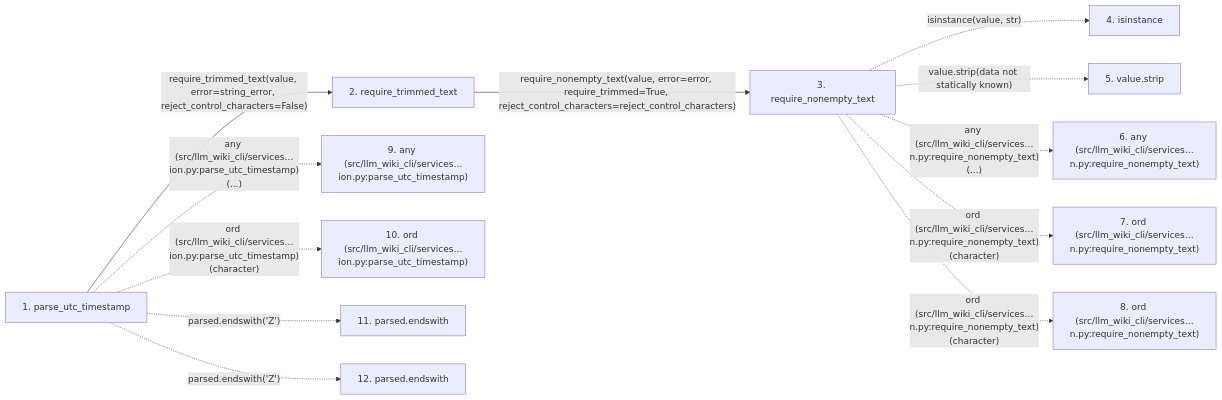
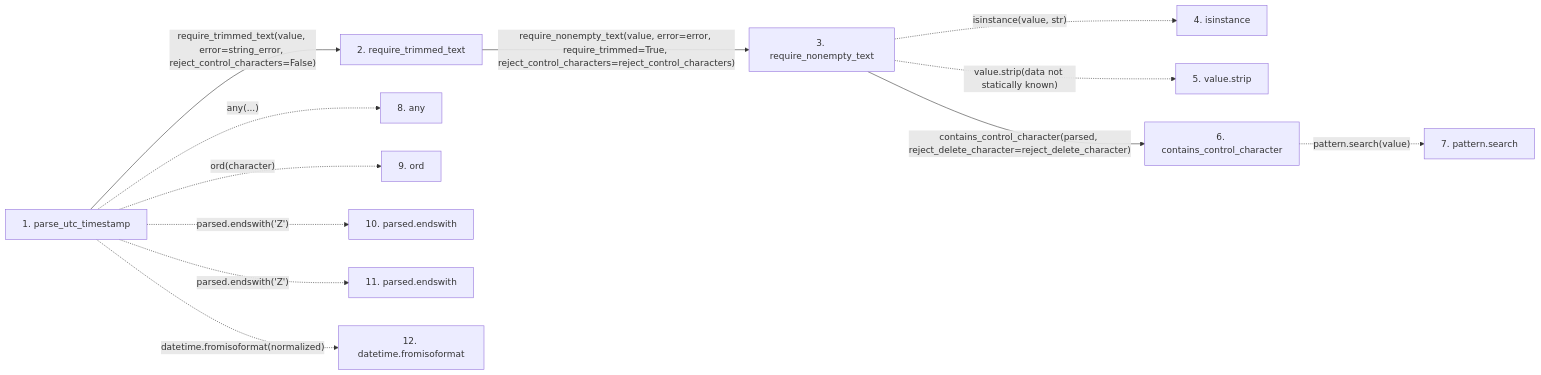
One commit to Denissvgn/python-wiki-llm changed the second of 2 diagrams in docs/llm_wiki/flows/api-parse_utc_timestamp.md. Above: the diagram before and after it, drawn with Mermaid. The commit also changed other lines of this file and 865 other files, not shown here.

````diff
--- a/docs/llm_wiki/flows/api-parse_utc_timestamp.md
+++ b/docs/llm_wiki/flows/api-parse_utc_timestamp.md
@@ -42,29 +41,30 @@
 ```mermaid
 flowchart LR
     s1["1. parse_utc_timestamp"]
     s2["2. require_trimmed_text"]
     s3["3. require_nonempty_text"]
     s4["4. isinstance"]
     s5["5. value.strip"]
-    s6["6. any (src/llm_wiki_cli/services…n.py:require_nonempty_text)"]
-    s7["7. ord (src/llm_wiki_cli/services…n.py:require_nonempty_text)"]
-    s8["8. ord (src/llm_wiki_cli/services…n.py:require_nonempty_text)"]
-    s9["9. any (src/llm_wiki_cli/services…ion.py:parse_utc_timestamp)"]
-    s10["10. ord (src/llm_wiki_cli/services…ion.py:parse_utc_timestamp)"]
+    s6["6. contains_control_character"]
+    s7["7. pattern.search"]
+    s8["8. any"]
+    s9["9. ord"]
+    s10["10. parsed.endswith"]
     s11["11. parsed.endswith"]
-    s12["12. parsed.endswith"]
+    s12["12. datetime.fromisoformat"]
     s1 -->|"require_trimmed_text(value, error=string_error, reject_control_characters=False)"| s2
     s2 -->|"require_nonempty_text(value, error=error, require_trimmed=True, reject_control_characters=reject_control_characters)"| s3
     s3 -. "isinstance(value, str)" .-> s4
     s3 -. "value.strip(data not statically known)" .-> s5
-    s3 -. "any (src/llm_wiki_cli/services…n.py:require_nonempty_text)(...)" .-> s6
-    s3 -. "ord (src/llm_wiki_cli/services…n.py:require_nonempty_text)(character)" .-> s7
-    s3 -. "ord (src/llm_wiki_cli/services…n.py:require_nonempty_text)(character)" .-> s8
-    s1 -. "any (src/llm_wiki_cli/services…ion.py:parse_utc_timestamp)(...)" .-> s9
-    s1 -. "ord (src/llm_wiki_cli/services…ion.py:parse_utc_timestamp)(character)" .-> s10
+    s3 -->|"contains_control_character(parsed, reject_delete_character=reject_delete_character)"| s6
+    s6 -. "pattern.search(value)" .-> s7
+    s1 -. "any(...)" .-> s8
+    s1 -. "ord(character)" .-> s9
+    s1 -. "parsed.endswith('Z')" .-> s10
     s1 -. "parsed.endswith('Z')" .-> s11
-    s1 -. "parsed.endswith('Z')" .-> s12
+    s1 -. "datetime.fromisoformat(normalized)" .-> s12
     click s1 "../modules/validation.md"
     click s2 "../modules/validation.md"
     click s3 "../modules/validation.md"
+    click s6 "../modules/validation.md"
 ```
````
